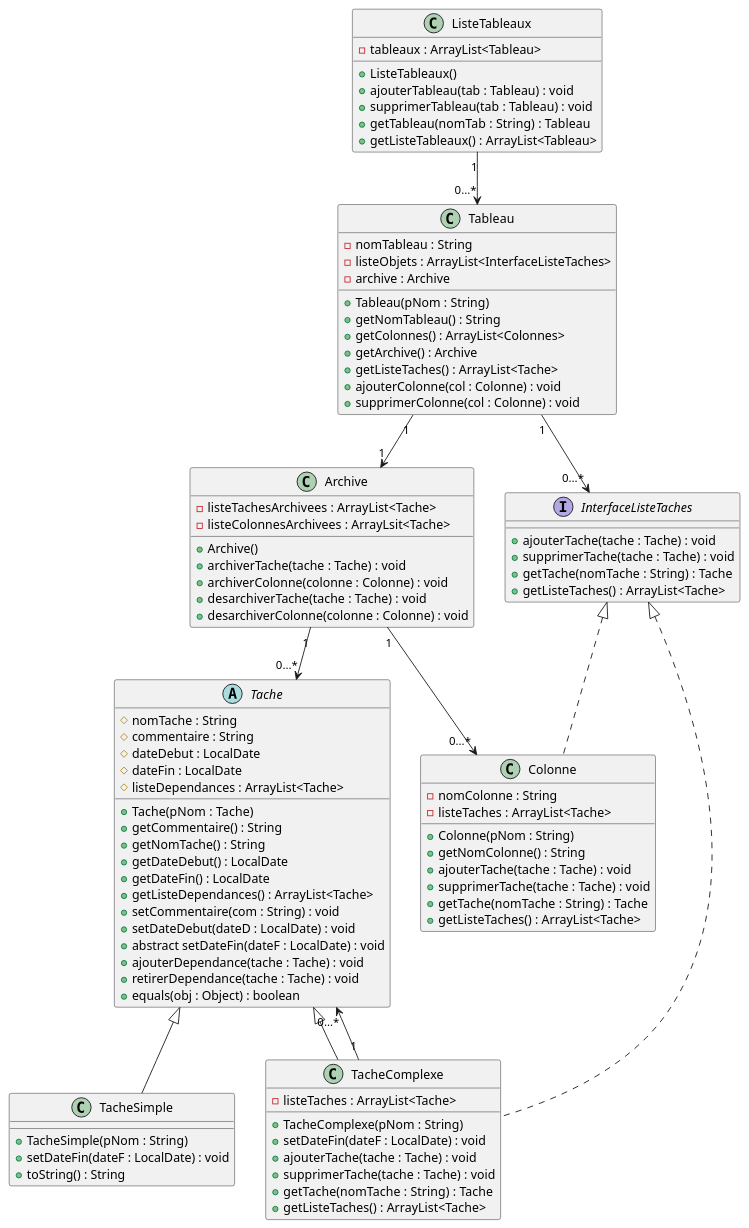
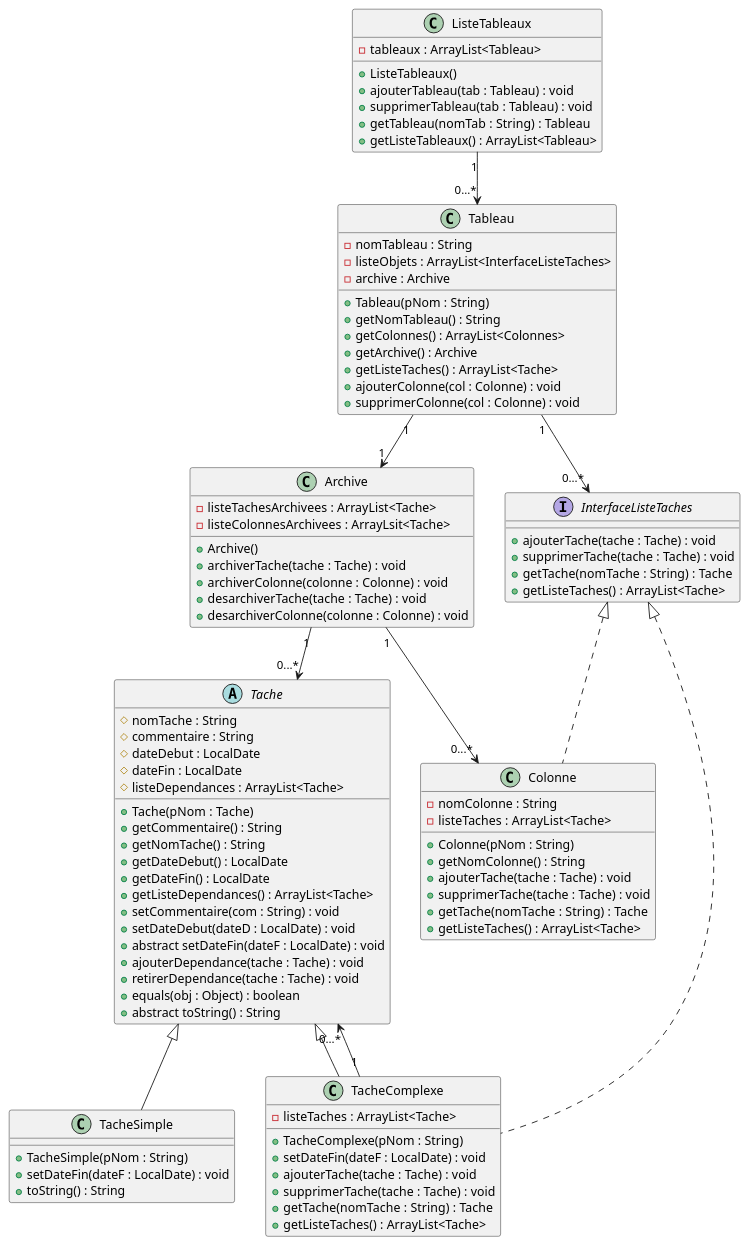
One commit to AxelBerret/S3D-Trello_BERRET_CHAPELLIER_DODANE_LETONDAL changed the diagram in Documents/Diagrammes_PlantUML/Iteration 1 - Diagrammes Classes.puml. Above: the diagram before and after it, drawn with PlantUML. The commit also changed 1 other file, not shown here.

```diff
--- a/Documents/Diagrammes_PlantUML/Iteration 1 - Diagrammes Classes.puml
+++ b/Documents/Diagrammes_PlantUML/Iteration 1 - Diagrammes Classes.puml
@@ -1,98 +1,99 @@
 @startuml
 'https://plantuml.com/class-diagram
 
 class Tableau {
 - nomTableau : String
 - listeObjets : ArrayList<InterfaceListeTaches>
 - archive : Archive
 + Tableau(pNom : String)
 + getNomTableau() : String
 + getColonnes() : ArrayList<Colonnes>
 + getArchive() : Archive
 + getListeTaches() : ArrayList<Tache>
 + ajouterColonne(col : Colonne) : void
 + supprimerColonne(col : Colonne) : void
 }
 
 class Archive {
 - listeTachesArchivees : ArrayList<Tache>
 - listeColonnesArchivees : ArrayLsit<Tache>
 + Archive()
 + archiverTache(tache : Tache) : void
 + archiverColonne(colonne : Colonne) : void
 + desarchiverTache(tache : Tache) : void
 + desarchiverColonne(colonne : Colonne) : void
 }
 
 class ListeTableaux {
 - tableaux : ArrayList<Tableau>
 + ListeTableaux()
 + ajouterTableau(tab : Tableau) : void
 + supprimerTableau(tab : Tableau) : void
 + getTableau(nomTab : String) : Tableau
 + getListeTableaux() : ArrayList<Tableau>
 }
 
 interface InterfaceListeTaches {
 + ajouterTache(tache : Tache) : void
 + supprimerTache(tache : Tache) : void
 + getTache(nomTache : String) : Tache
 + getListeTaches() : ArrayList<Tache>
 }
 
 class Colonne implements InterfaceListeTaches {
 - nomColonne : String
 - listeTaches : ArrayList<Tache>
 + Colonne(pNom : String)
 + getNomColonne() : String
 + ajouterTache(tache : Tache) : void
 + supprimerTache(tache : Tache) : void
 + getTache(nomTache : String) : Tache
 + getListeTaches() : ArrayList<Tache>
 }
 
 abstract class Tache {
 # nomTache : String
 # commentaire : String
 # dateDebut : LocalDate
 # dateFin : LocalDate
 # listeDependances : ArrayList<Tache>
 + Tache(pNom : Tache)
 + getCommentaire() : String
 + getNomTache() : String
 + getDateDebut() : LocalDate
 + getDateFin() : LocalDate
 + getListeDependances() : ArrayList<Tache>
 + setCommentaire(com : String) : void
 + setDateDebut(dateD : LocalDate) : void
 + abstract setDateFin(dateF : LocalDate) : void
 + ajouterDependance(tache : Tache) : void
 + retirerDependance(tache : Tache) : void
 + equals(obj : Object) : boolean
++ abstract toString() : String
 }
 
 class TacheComplexe extends Tache implements InterfaceListeTaches {
 - listeTaches : ArrayList<Tache>
 + TacheComplexe(pNom : String)
 + setDateFin(dateF : LocalDate) : void
 + ajouterTache(tache : Tache) : void
 + supprimerTache(tache : Tache) : void
 + getTache(nomTache : String) : Tache
 + getListeTaches() : ArrayList<Tache>
 }
 
 class TacheSimple extends Tache {
 + TacheSimple(pNom : String)
 + setDateFin(dateF : LocalDate) : void
 + toString() : String
 }
 
 
 Tableau "1" --> "0...*" InterfaceListeTaches
 Tableau "1" --> "1" Archive
 Archive "1" --> "0...*" Colonne
 Archive "1" --> "0...*" Tache
 TacheComplexe "1" --> "0...*" Tache
 ListeTableaux "1" --> "0...*" Tableau
 
 @enduml
```
